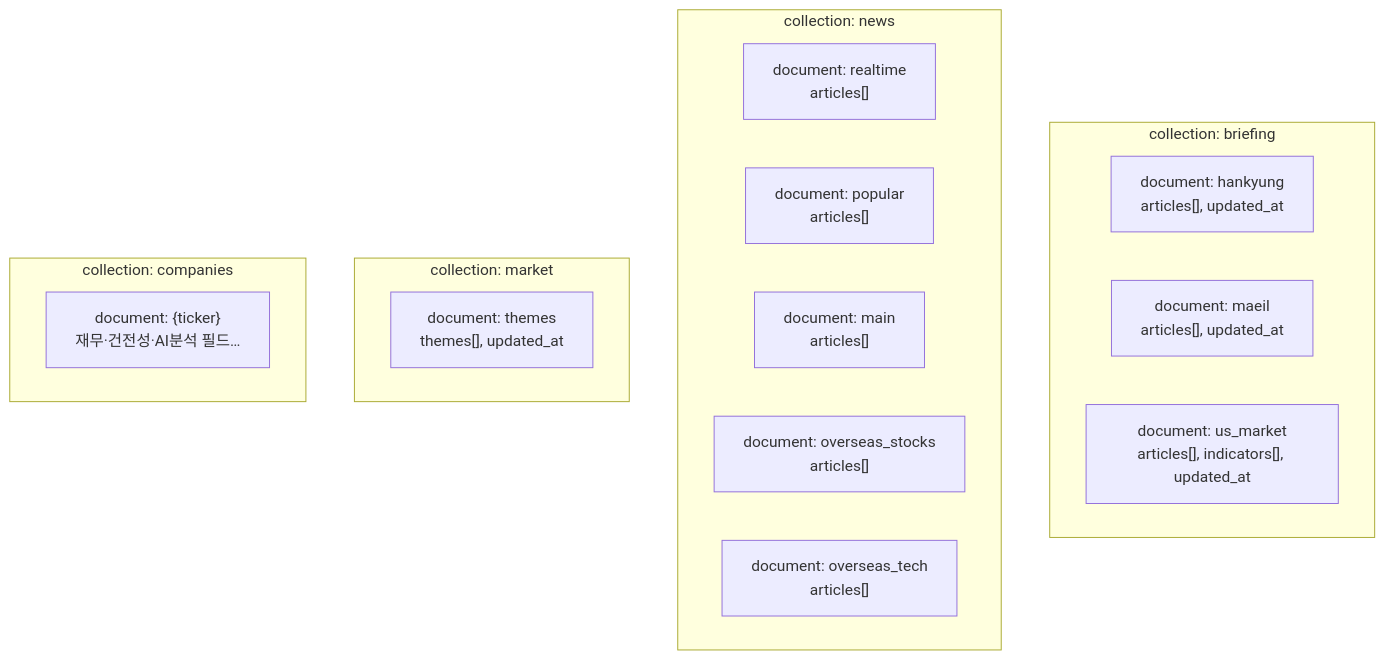
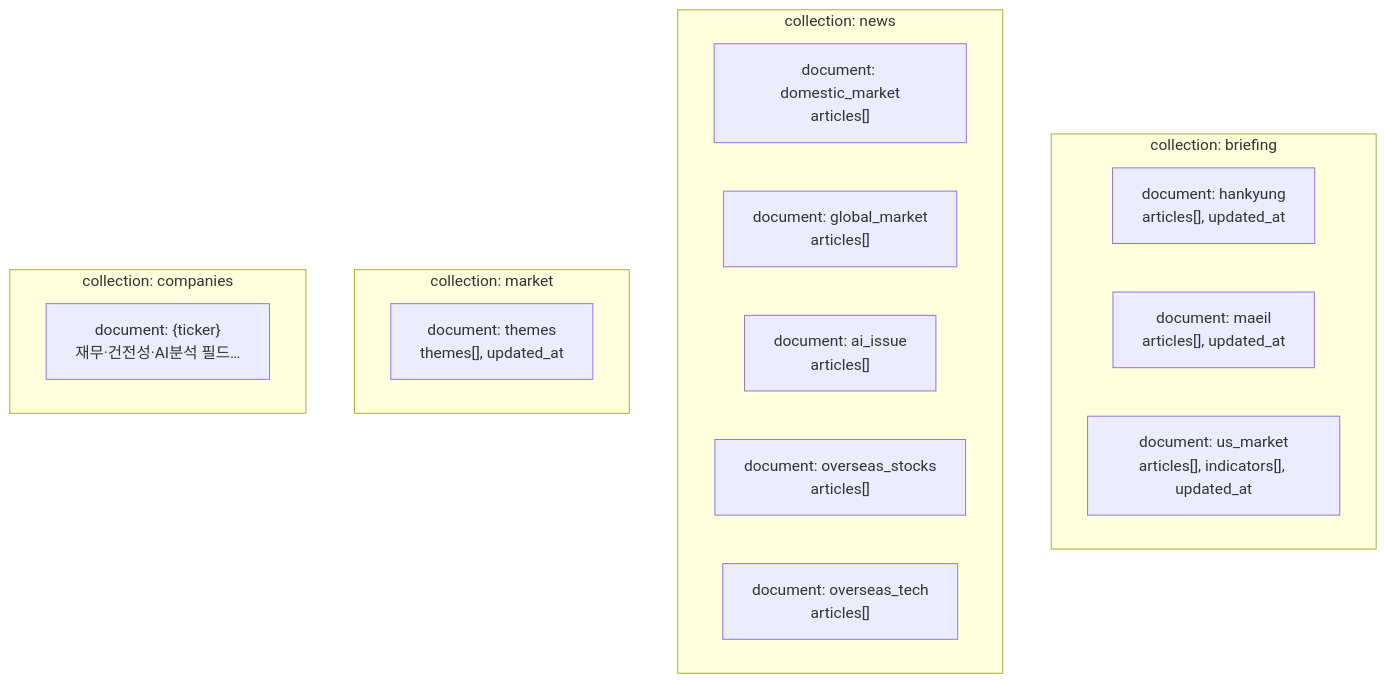
The first of 2 diagrams in sped.md (xxxbeom-glitch/sapiens), drawn with Mermaid before and after one commit. The commit also changed other lines of this file and 10 other files, not shown here.

First line of the commit message:
feat(news): RSS(MK·한경) 국내 3분류, Firestore domestic/global/ai_issue, 브리핑과 동일 카드

````diff
--- a/sped.md
+++ b/sped.md
@@ -148,21 +148,21 @@
 ```mermaid
 flowchart TB
   subgraph briefing["collection: briefing"]
     H["document: hankyung\narticles[], updated_at"]
     M["document: maeil\narticles[], updated_at"]
     U["document: us_market\narticles[], indicators[], updated_at"]
   end
   subgraph news["collection: news"]
-    R["document: realtime\narticles[]"]
-    P["document: popular\narticles[]"]
-    MA["document: main\narticles[]"]
+    R["document: domestic_market\narticles[]"]
+    P["document: global_market\narticles[]"]
+    MA["document: ai_issue\narticles[]"]
     OS["document: overseas_stocks\narticles[]"]
     OT["document: overseas_tech\narticles[]"]
   end
   subgraph market["collection: market"]
     T["document: themes\nthemes[], updated_at"]
   end
   subgraph companies["collection: companies"]
     C["document: {ticker}\n재무·건전성·AI분석 필드…"]
   end
 ```
````
